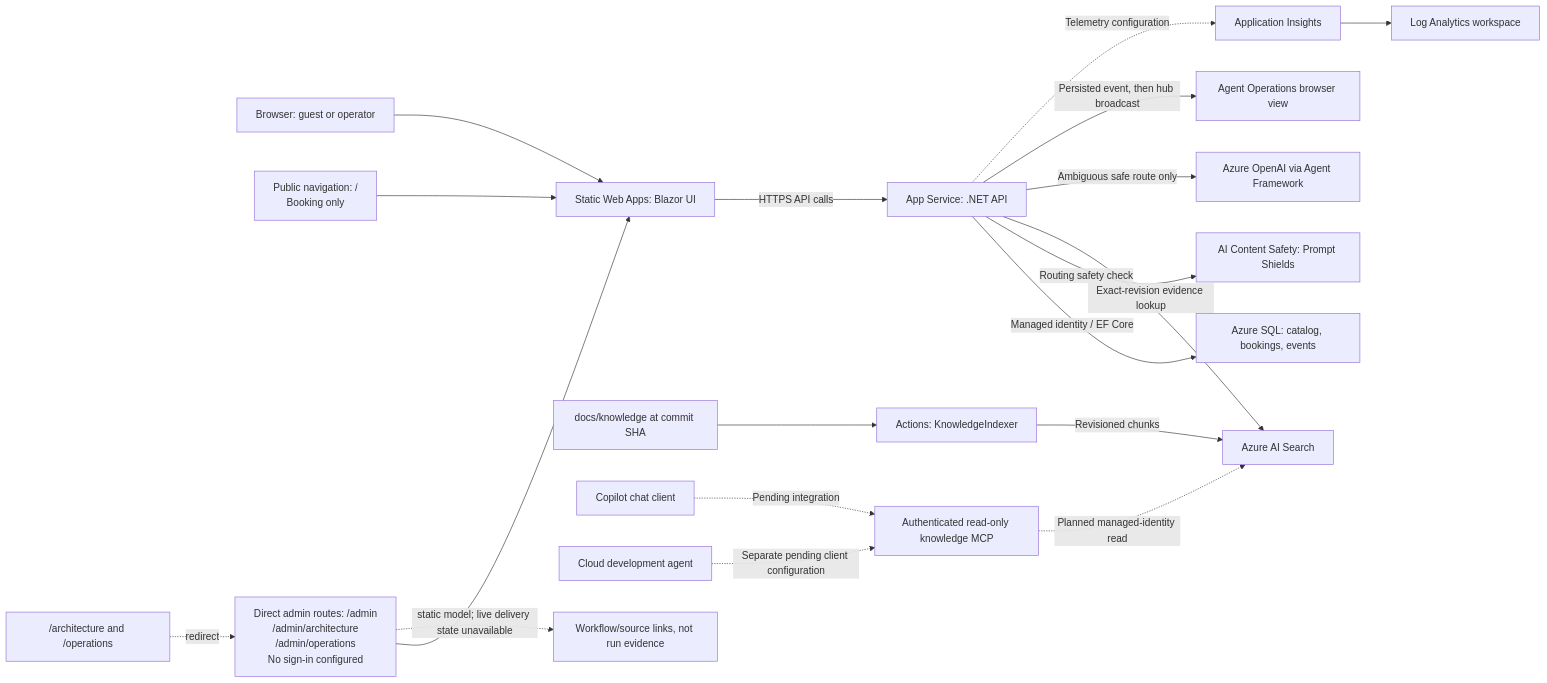
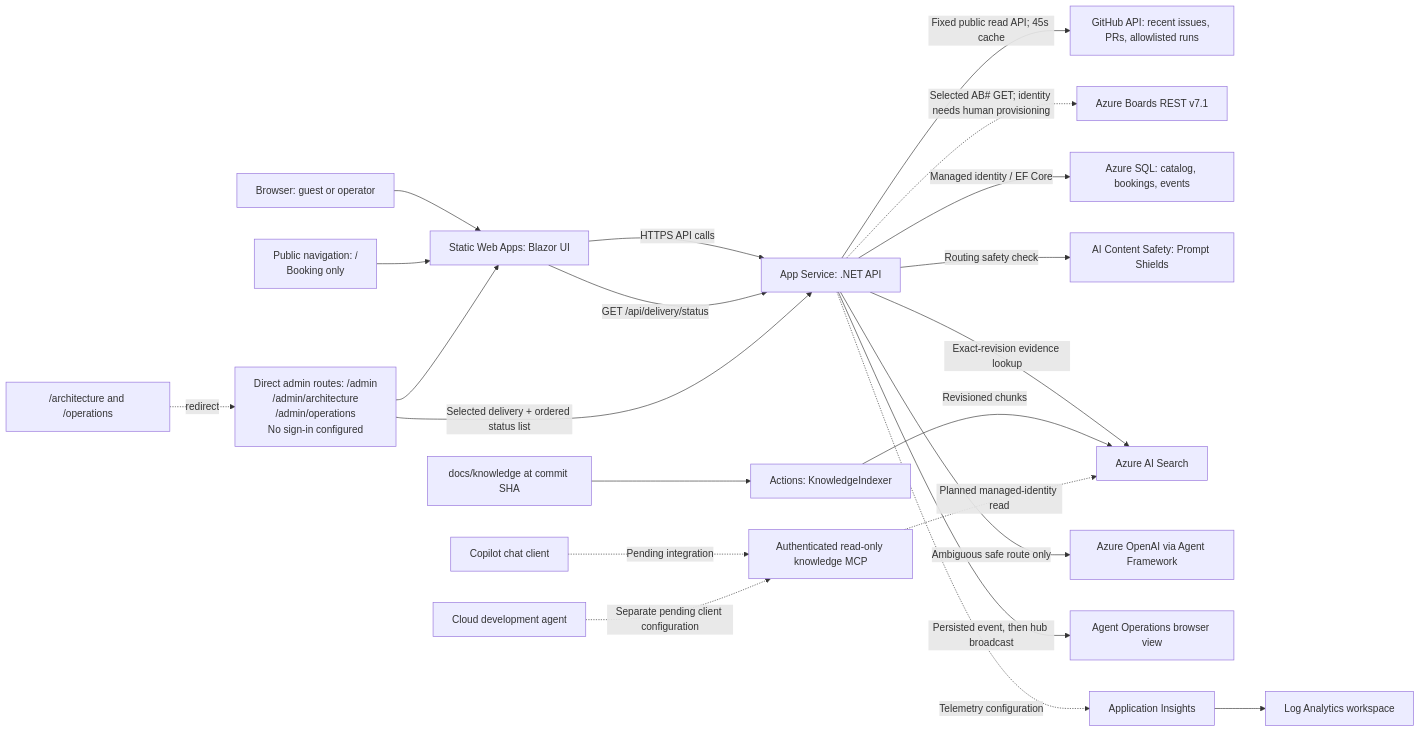
Before and after one commit to cihanduruer/agentic-development: the second of 3 diagrams in docs/development-pipeline/AZURE-SERVICES-AND-HARNESS.md, drawn with Mermaid. The commit also changed other lines of this file and 27 other files, not shown here.

Commit message:
Implement AB#965 live delivery status

````diff
--- a/docs/development-pipeline/AZURE-SERVICES-AND-HARNESS.md
+++ b/docs/development-pipeline/AZURE-SERVICES-AND-HARNESS.md
@@ -87,21 +87,24 @@
 ```mermaid
 flowchart LR
     GUEST["Browser: guest or operator"] --> SWA["Static Web Apps: Blazor UI"]
     SWA -->|HTTPS API calls| API["App Service: .NET API"]
+    SWA -->|GET /api/delivery/status| API
+    API -->|Fixed public read API; 45s cache| GH["GitHub API: recent issues, PRs, allowlisted runs"]
+    API -. "Selected AB# GET; identity needs human provisioning" .-> AB["Azure Boards REST v7.1"]
     API -->|Managed identity / EF Core| SQL["Azure SQL: catalog, bookings, events"]
     API -->|Routing safety check| SHIELD["AI Content Safety: Prompt Shields"]
     API -->|Exact-revision evidence lookup| SEARCH["Azure AI Search"]
     API -->|Ambiguous safe route only| MODEL["Azure OpenAI via Agent Framework"]
     API -->|Persisted event, then hub broadcast| DASH["Agent Operations browser view"]
     API -. Telemetry configuration .-> INSIGHTS["Application Insights"]
     INSIGHTS --> LOG["Log Analytics workspace"]
     DOCS["docs/knowledge at commit SHA"] --> INDEX["Actions: KnowledgeIndexer"]
     INDEX -->|Revisioned chunks| SEARCH
     CHAT["Copilot chat client"] -. Pending integration .-> MCP["Authenticated read-only knowledge MCP"]
     DEV["Cloud development agent"] -. Separate pending client configuration .-> MCP
     MCP -. Planned managed-identity read .-> SEARCH
     ROUTES["Public navigation: /<br/>Booking only"] --> SWA
     ADMIN["Direct admin routes: /admin<br/>/admin/architecture<br/>/admin/operations<br/>No sign-in configured"] --> SWA
     OLD["/architecture and /operations"] -. redirect .-> ADMIN
-    ADMIN -. "static model; live delivery state unavailable" .-> SRC["Workflow/source links, not run evidence"]
+    ADMIN -->|Selected delivery + ordered status list| API
 ```
````
